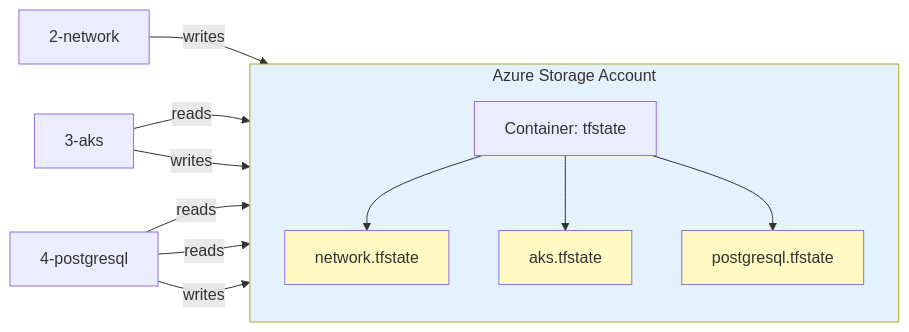
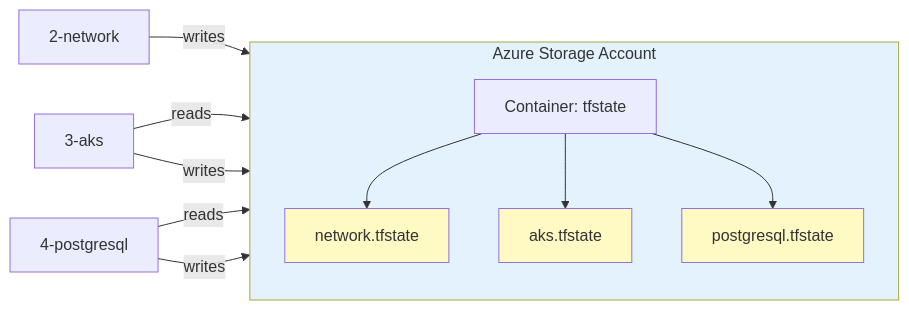
Before and after one commit to shuchitatan/akstf-avm: the second of 5 diagrams in DEPLOYMENT-FLOW.md, drawn with Mermaid. The commit also changed other lines of this file, not shown here.

Commit message:
update deployment flow documentation to enhance clarity on AKS and PostgreSQL phases, including resource naming and authentication details

````diff
--- a/DEPLOYMENT-FLOW.md
+++ b/DEPLOYMENT-FLOW.md
@@ -244,25 +284,24 @@
 ```mermaid
 flowchart LR
     subgraph Storage["Azure Storage Account"]
         direction TB
         C1[Container: tfstate]
         S1[network.tfstate]
         S2[aks.tfstate]
         S3[postgresql.tfstate]
         C1 --> S1
         C1 --> S2
         C1 --> S3
     end
     
     N[2-network] -->|writes| S1
     A[3-aks] -->|reads| S1
     A -->|writes| S2
     P[4-postgresql] -->|reads| S1
-    P -->|reads| S2
     P -->|writes| S3
     
     style Storage fill:#e3f2fd
     style S1 fill:#fff9c4
     style S2 fill:#fff9c4
     style S3 fill:#fff9c4
 ```
````
